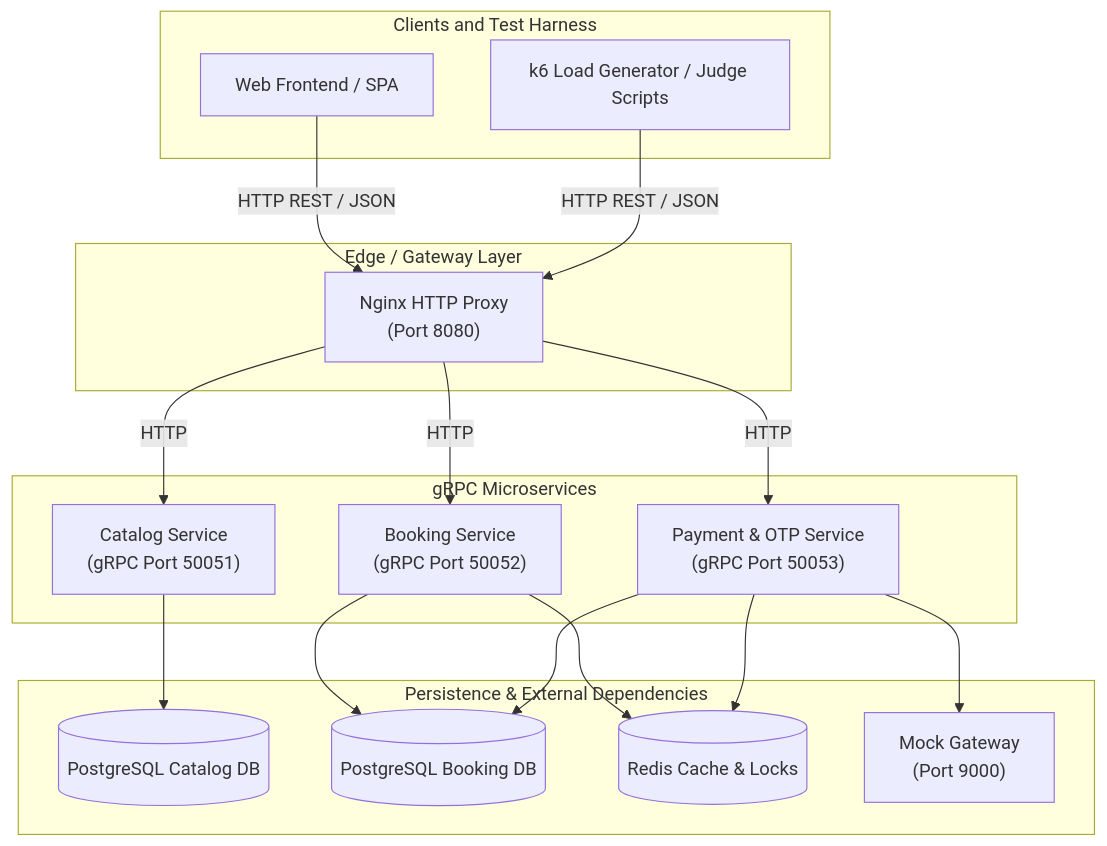
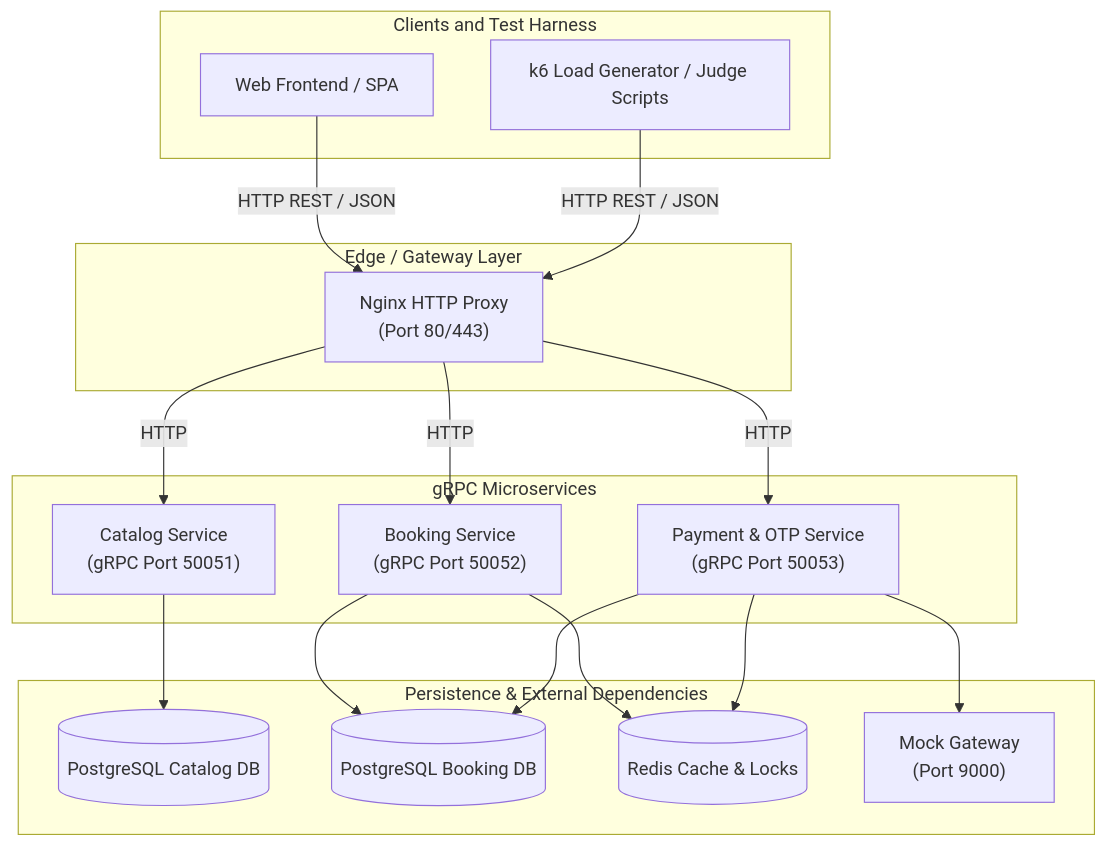
Before and after one commit to TheSR007/That_Team_IEEE: the diagram in ARCHITECTURE.md, drawn with Mermaid. The commit also changed other lines of this file, not shown here.

````diff
--- a/ARCHITECTURE.md
+++ b/ARCHITECTURE.md
@@ -5,38 +5,38 @@
 ```mermaid
 flowchart TD
     subgraph Clients["Clients and Test Harness"]
         UI["Web Frontend / SPA"]
         K6["k6 Load Generator / Judge Scripts"]
     end
 
     subgraph Proxy["Edge / Gateway Layer"]
-        NGINX["Nginx HTTP Proxy<br/>(Port 8080)"]
+        NGINX["Nginx HTTP Proxy<br/>(Port 80/443)"]
     end
 
     subgraph Services["gRPC Microservices"]
         Catalog["Catalog Service<br/>(gRPC Port 50051)"]
         Booking["Booking Service<br/>(gRPC Port 50052)"]
         Payment["Payment & OTP Service<br/>(gRPC Port 50053)"]
     end
 
     subgraph Storage["Persistence & External Dependencies"]
         PGCAT[(PostgreSQL Catalog DB)]
         PGBOOK[(PostgreSQL Booking DB)]
         REDIS[(Redis Cache & Locks)]
         MOCKGW["Mock Gateway<br/>(Port 9000)"]
     end
 
     UI -->|HTTP REST / JSON| NGINX
     K6 -->|HTTP REST / JSON| NGINX
 
     NGINX -->|HTTP| Catalog
     NGINX -->|HTTP| Booking
     NGINX -->|HTTP| Payment
 
     Catalog --> PGCAT
     Booking --> PGBOOK
     Booking --> REDIS
     Payment --> PGBOOK
     Payment --> REDIS
     Payment --> MOCKGW
 ```
````
